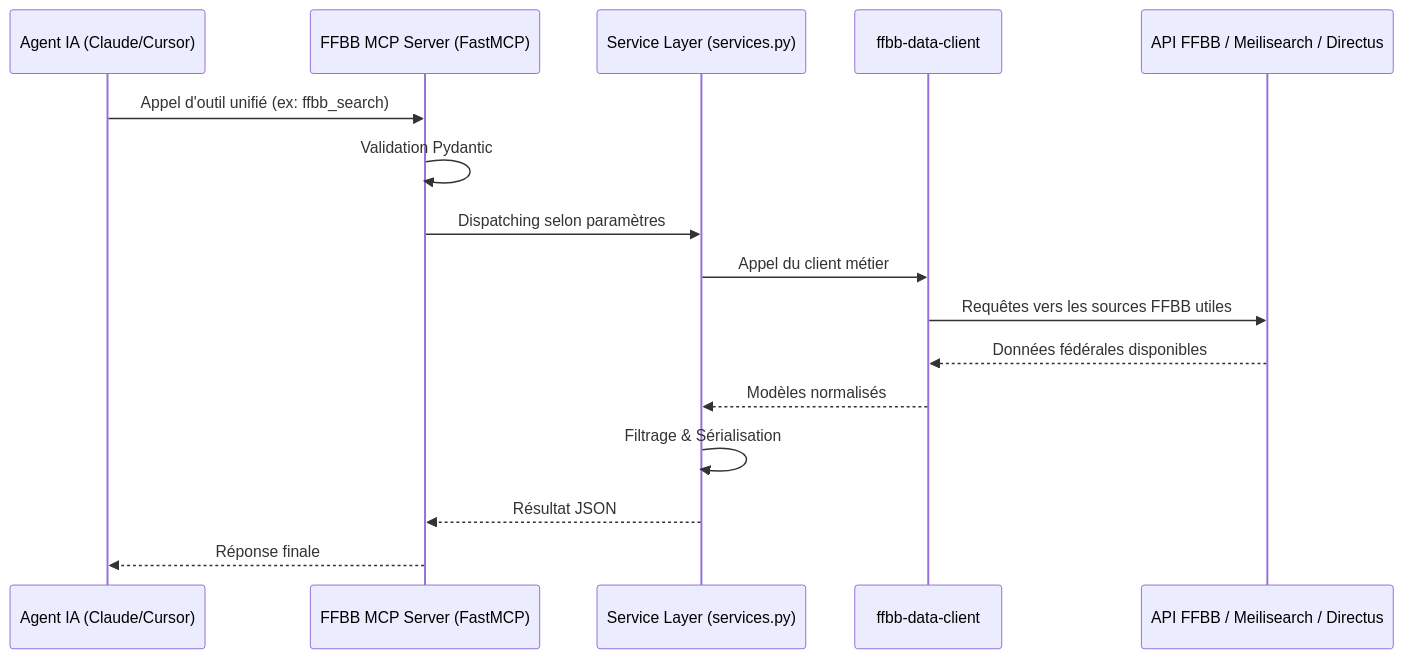
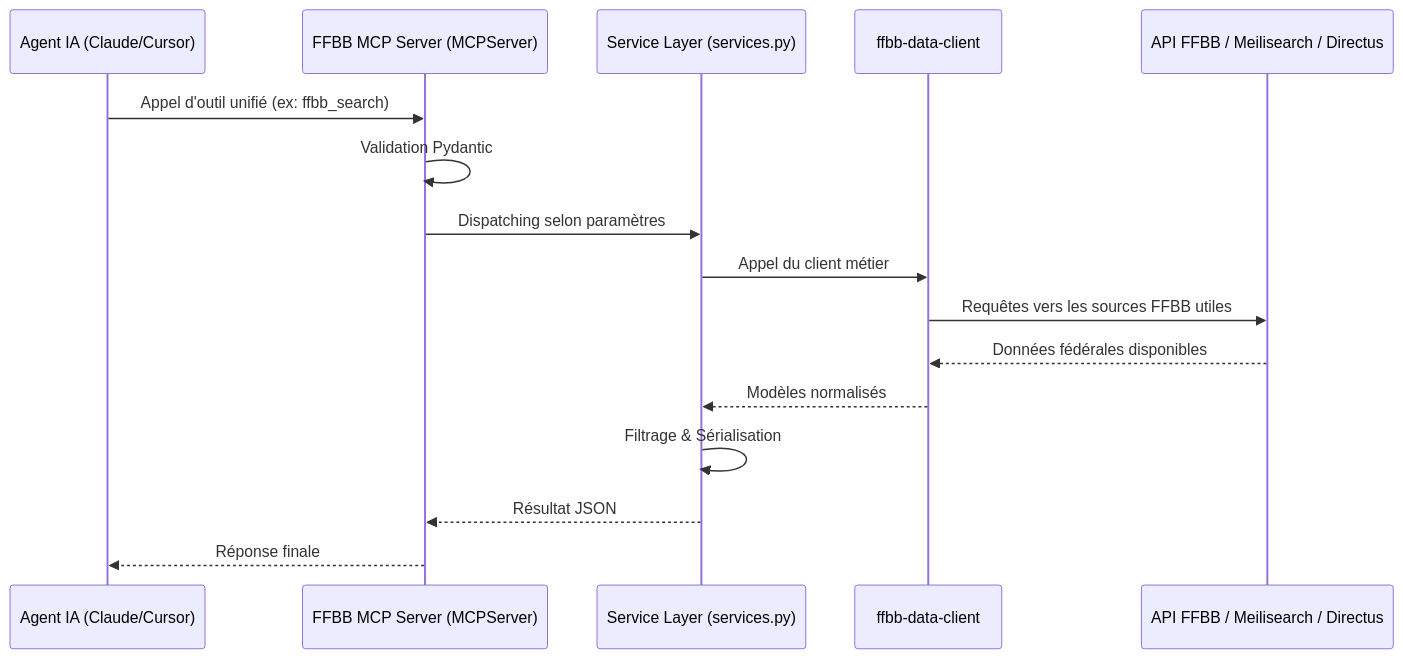
One commit to nickdesi/FFBB-MCP-Server changed the diagram in docs/ARCHITECTURE.md. Above: the diagram before and after it, drawn with Mermaid. The commit also changed other lines of this file and 26 other files, not shown here.

````diff
--- a/docs/ARCHITECTURE.md
+++ b/docs/ARCHITECTURE.md
@@ -56,19 +56,19 @@
 ```mermaid
 sequenceDiagram
     participant LLM as Agent IA (Claude/Cursor)
-    participant MCP as FFBB MCP Server (FastMCP)
+    participant MCP as FFBB MCP Server (MCPServer)
     participant Service as Service Layer (services.py)
   participant SDK as ffbb-data-client
   participant Sources as API FFBB / Meilisearch / Directus
 
     LLM->>MCP: Appel d'outil unifié (ex: ffbb_search)
     MCP->>MCP: Validation Pydantic
     MCP->>Service: Dispatching selon paramètres
   Service->>SDK: Appel du client métier
   SDK->>Sources: Requêtes vers les sources FFBB utiles
   Sources-->>SDK: Données fédérales disponibles
   SDK-->>Service: Modèles normalisés
     Service->>Service: Filtrage & Sérialisation
     Service-->>MCP: Résultat JSON
     MCP-->>LLM: Réponse finale
 ```
````
